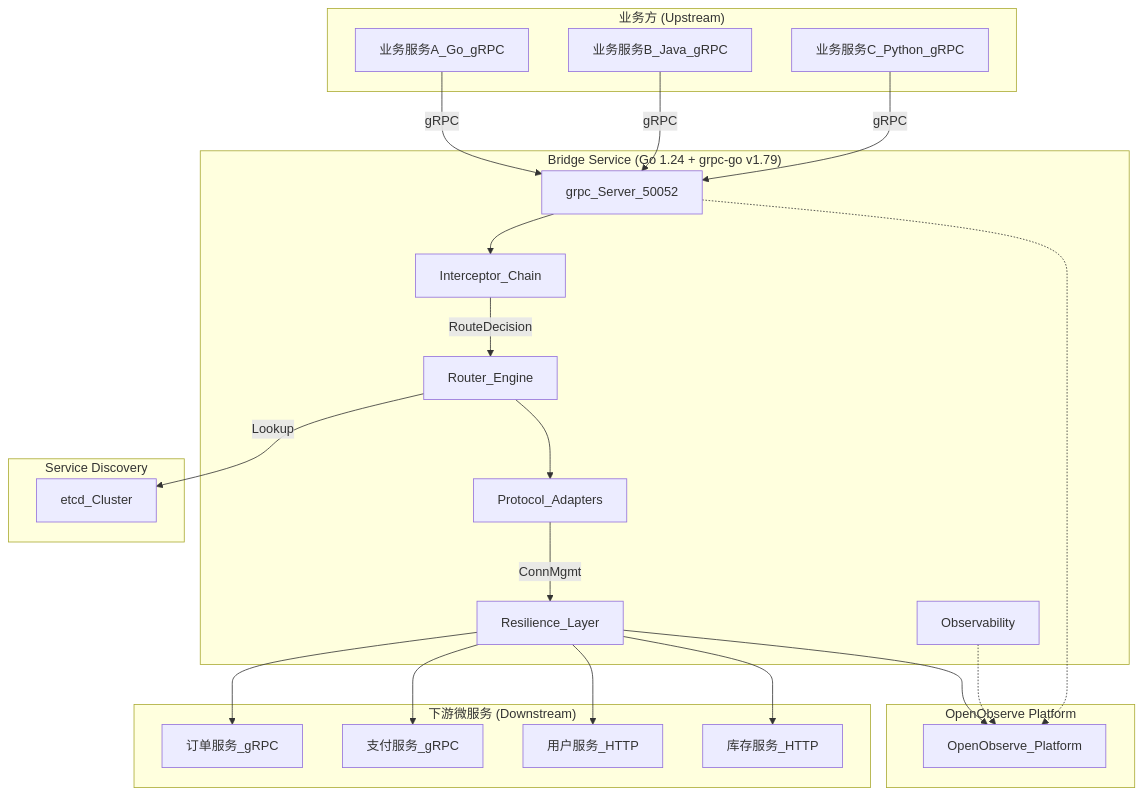
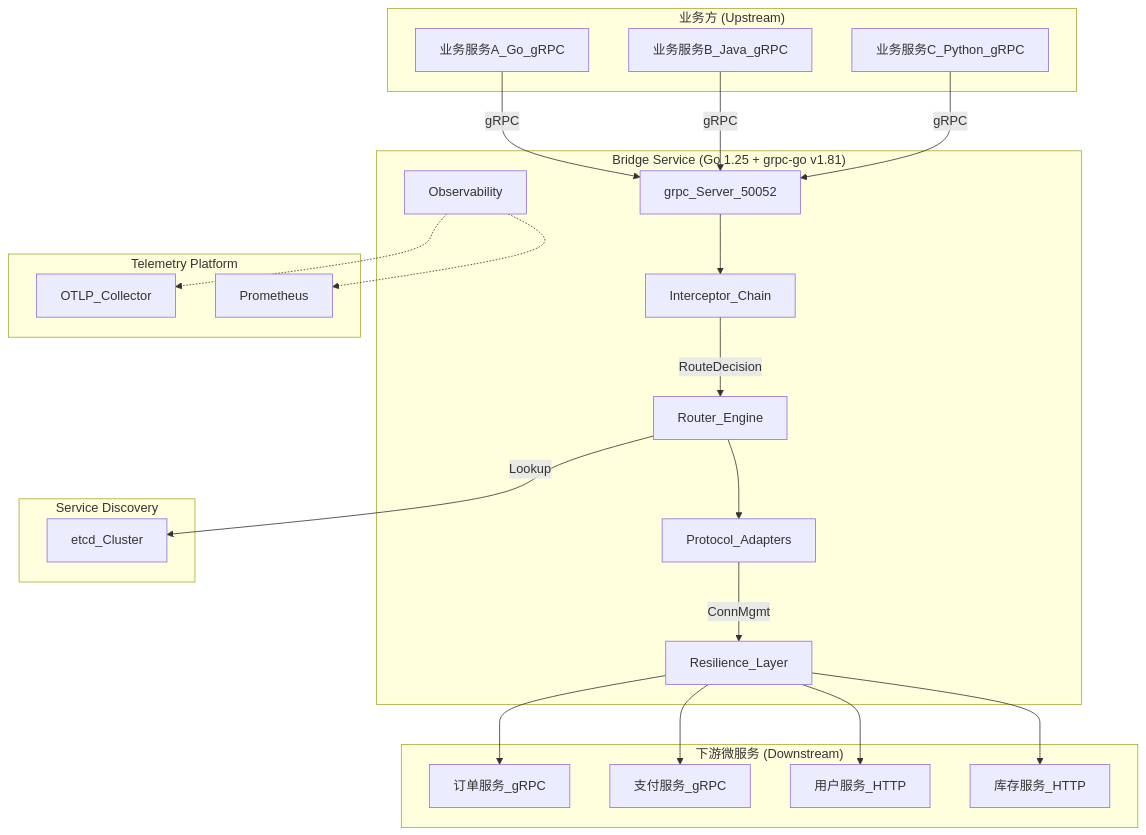
Before and after one commit to daheige/bridge-svc: the first of 2 diagrams in bridge.md, drawn with Mermaid. The commit also changed other lines of this file and 4 other files, not shown here.

````diff
--- a/bridge.md
+++ b/bridge.md
@@ -39,48 +39,48 @@
 ```mermaid
 graph TB
     subgraph "业务方 (Upstream)"
         A[业务服务A_Go_gRPC]
         B[业务服务B_Java_gRPC]
         C[业务服务C_Python_gRPC]
     end
 
-    subgraph "Bridge Service (Go 1.24 + grpc-go v1.79)"
+    subgraph "Bridge Service (Go 1.25 + grpc-go v1.81)"
         D[grpc_Server_50052]
         E[Interceptor_Chain]
         F[Router_Engine]
         G[Protocol_Adapters]
         H[Resilience_Layer]
         I[Observability]
     end
 
     subgraph "Service Discovery"
         J[etcd_Cluster]
     end
 
     subgraph "下游微服务 (Downstream)"
         K[订单服务_gRPC]
         L[支付服务_gRPC]
         M[用户服务_HTTP]
         N[库存服务_HTTP]
     end
 
-    subgraph "OpenObserve Platform"
-        O[OpenObserve_Platform]
+    subgraph "Telemetry Platform"
+        O[OTLP_Collector]
+        P[Prometheus]
     end
 
     A -- gRPC --> D
     B -- gRPC --> D
     C -- gRPC --> D
     D --> E
     E -- RouteDecision --> F
     F -- Lookup --> J
     F --> G
     G -- ConnMgmt --> H
     H --> K
     H --> L
     H --> M
     H --> N
-    H --> O
-    D -.-> O
     I -.-> O
+    I -.-> P
 ```
````
